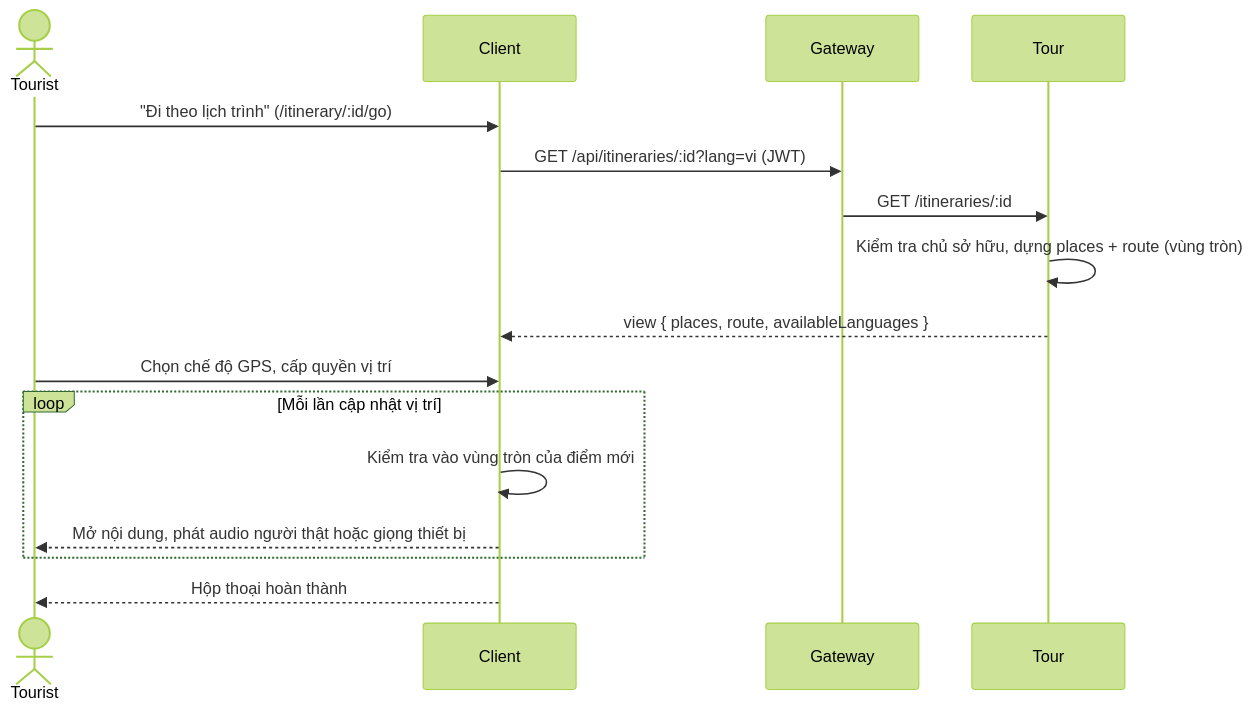
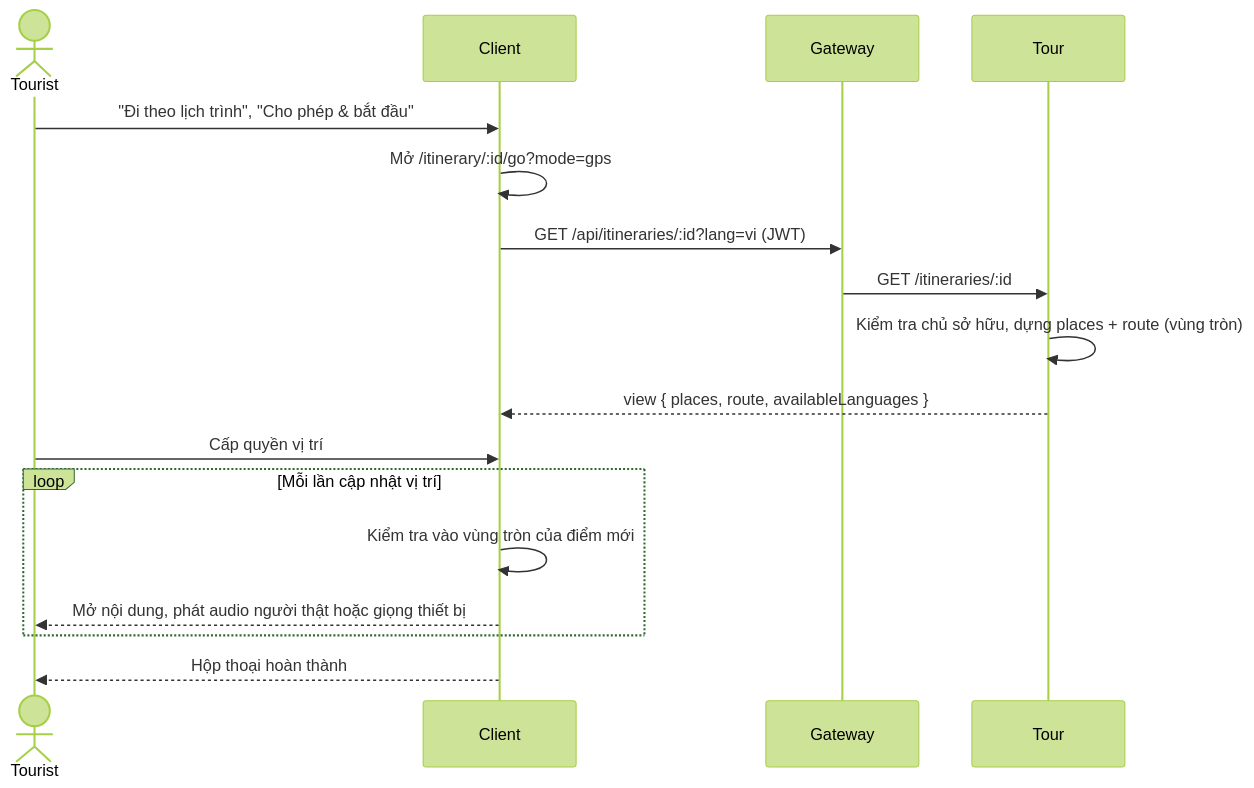
Before and after one commit to Tran-Gia-Phuc/GeoSound: the diagram in docs/use case/lam-truoc/UC08-di-theo-lich-trinh.md, drawn with Mermaid (forest theme). The commit also changed other lines of this file and 22 other files, not shown here.

````diff
--- a/docs/use case/lam-truoc/UC08-di-theo-lich-trinh.md
+++ b/docs/use case/lam-truoc/UC08-di-theo-lich-trinh.md
@@ -133,18 +134,19 @@
 ```mermaid
 sequenceDiagram
     actor U as Tourist
     participant C as Client
     participant G as Gateway
     participant T as Tour
-    U->>C: "Đi theo lịch trình" (/itinerary/:id/go)
+    U->>C: "Đi theo lịch trình", "Cho phép & bắt đầu"
+    C->>C: Mở /itinerary/:id/go?mode=gps
     C->>G: GET /api/itineraries/:id?lang=vi (JWT)
     G->>T: GET /itineraries/:id
     T->>T: Kiểm tra chủ sở hữu, dựng places + route (vùng tròn)
     T-->>C: view { places, route, availableLanguages }
-    U->>C: Chọn chế độ GPS, cấp quyền vị trí
+    U->>C: Cấp quyền vị trí
     loop Mỗi lần cập nhật vị trí
         C->>C: Kiểm tra vào vùng tròn của điểm mới
         C-->>U: Mở nội dung, phát audio người thật hoặc giọng thiết bị
     end
     C-->>U: Hộp thoại hoàn thành
 ```
````
